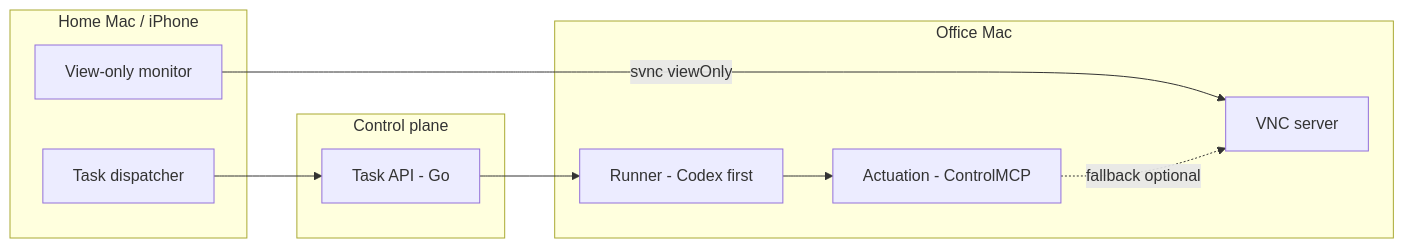
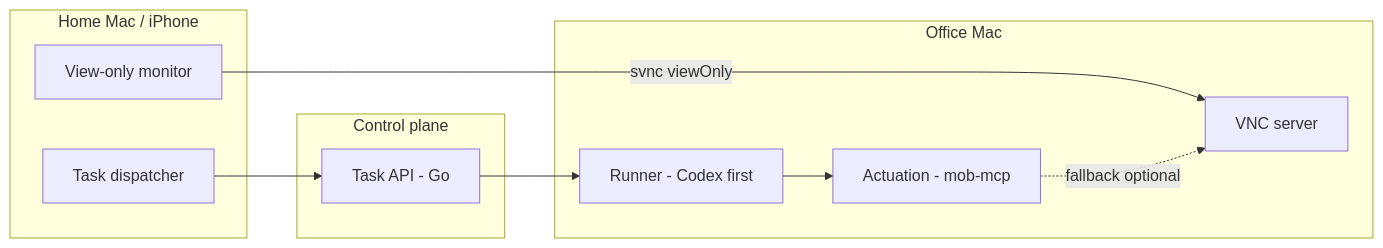
One commit to CooCoode/mob changed the diagram in README.md. Above: the diagram before and after it, drawn with Mermaid. The commit also changed other lines of this file and 9 other files, not shown here.

First line of the commit message:
docs: research computer-use options for mob-mcp

````diff
--- a/README.md
+++ b/README.md
@@ -19,23 +19,23 @@
 ```mermaid
 flowchart LR
   subgraph clients [Home Mac / iPhone]
     D[Task dispatcher]
     M[View-only monitor]
   end
 
   subgraph control [Control plane]
     API[Task API - Go]
   end
 
   subgraph office [Office Mac]
     R[Runner - Codex first]
-    A[Actuation - ControlMCP]
+    A[Actuation - mob-mcp]
     V[VNC server]
   end
 
   D --> API
   API --> R
   R --> A
   M -->|svnc viewOnly| V
   A -.->|fallback optional| V
 ```
````
